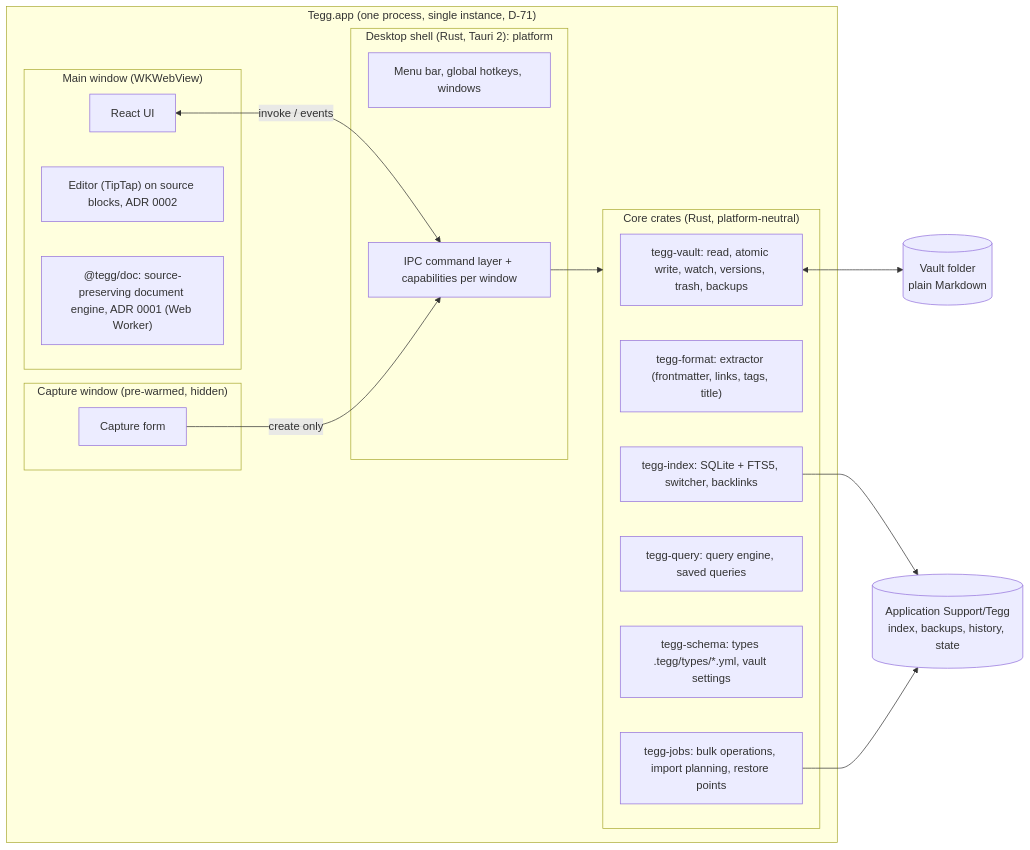
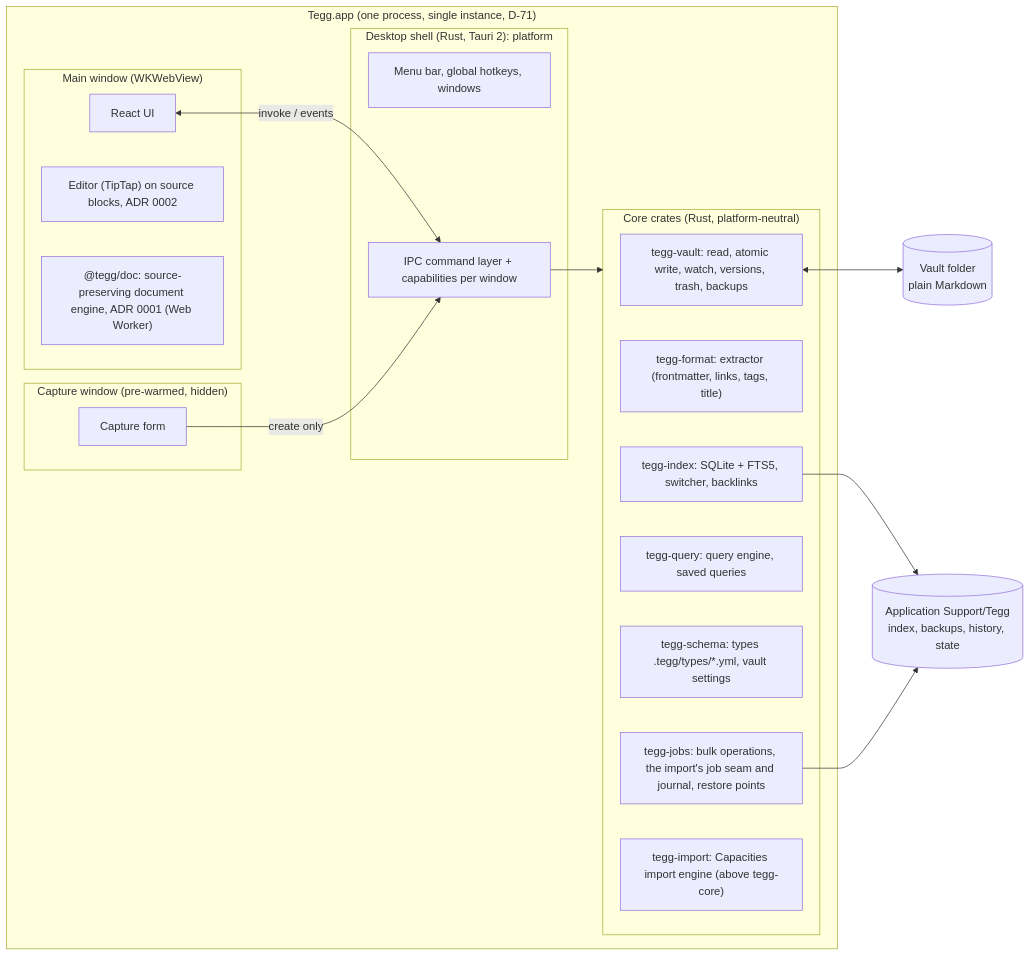
One commit to mikhailsubachev/tegg changed the first of 3 diagrams in docs/architecture.md. Above: the diagram before and after it, drawn with Mermaid. The commit also changed other lines of this file and 16 other files, not shown here.

Commit message:
wip(FR-IMP, slice I1): import engine scan, plan, accounting, render and new-vault write; vault and job-engine additions (checkpoint, existing-vault write not done)

````diff
--- a/docs/architecture.md
+++ b/docs/architecture.md
@@ -28,33 +28,34 @@
 ```mermaid
 flowchart LR
   subgraph App["Tegg.app (one process, single instance, D-71)"]
     subgraph Shell["Desktop shell (Rust, Tauri 2): platform"]
       Menu["Menu bar, global hotkeys, windows"]
       Cmds["IPC command layer + capabilities per window"]
     end
     subgraph Core["Core crates (Rust, platform-neutral)"]
       Vault["tegg-vault: read, atomic write, watch, versions, trash, backups"]
       Format["tegg-format: extractor (frontmatter, links, tags, title)"]
       Index["tegg-index: SQLite + FTS5, switcher, backlinks"]
       Query["tegg-query: query engine, saved queries"]
       Schema["tegg-schema: types .tegg/types/*.yml, vault settings"]
-      Jobs["tegg-jobs: bulk operations, import planning, restore points"]
+      Jobs["tegg-jobs: bulk operations, the import's job seam and journal, restore points"]
+      Import["tegg-import: Capacities import engine (above tegg-core)"]
     end
     subgraph Main["Main window (WKWebView)"]
       UI["React UI"]
       Editor["Editor (TipTap) on source blocks, ADR 0002"]
       Engine["@tegg/doc: source-preserving document engine, ADR 0001 (Web Worker)"]
     end
     subgraph Capture["Capture window (pre-warmed, hidden)"]
       CapUI["Capture form"]
     end
   end
   Disk[("Vault folder<br/>plain Markdown")]
   Local[("Application Support/Tegg<br/>index, backups, history, state")]
   UI <-->|invoke / events| Cmds
   CapUI -->|create only| Cmds
   Cmds --> Core
   Vault <--> Disk
   Index --> Local
   Jobs --> Local
 ```
````
